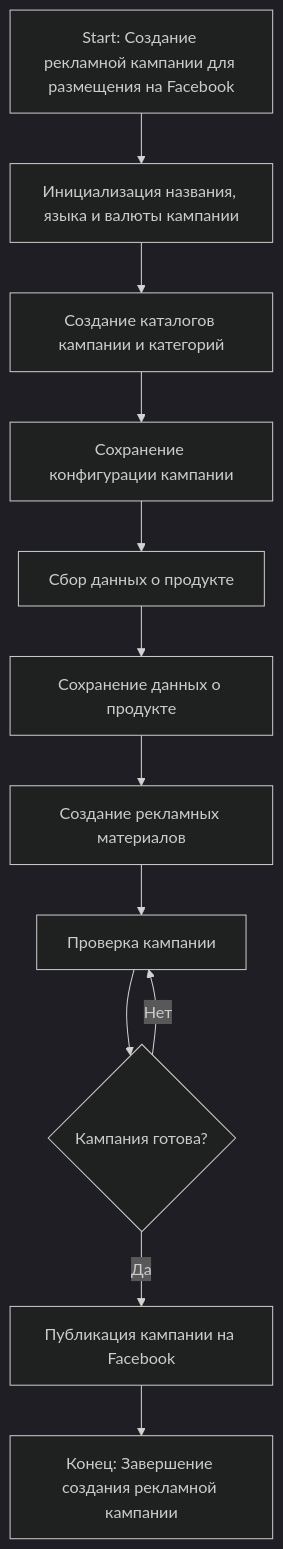
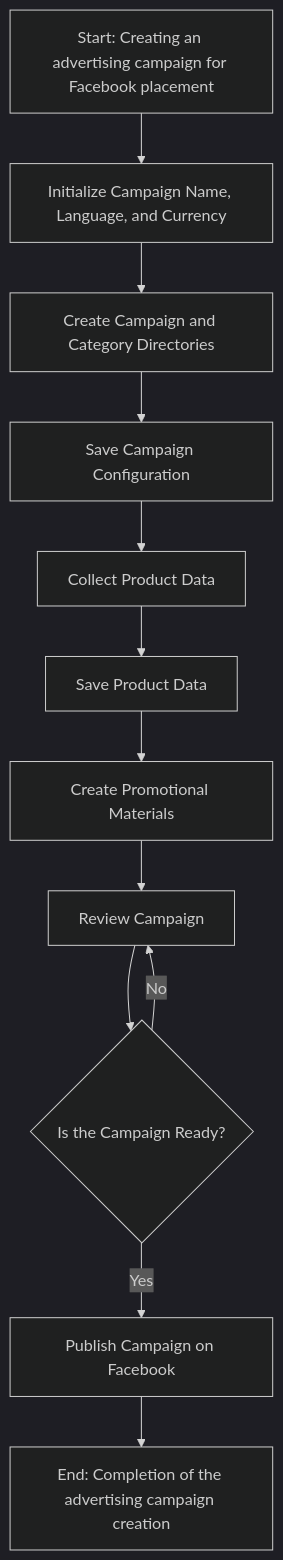
The first of 3 diagrams in docs/gemini/ru/doc/src/suppliers/aliexpress/campaign/README.MD.md (hypo69/hypo), drawn with Mermaid (dark theme) before and after one commit. The commit also changed other lines of this file and 881 other files, not shown here.

````diff
--- a/docs/gemini/ru/doc/src/suppliers/aliexpress/campaign/README.MD.md
+++ b/docs/gemini/ru/doc/src/suppliers/aliexpress/campaign/README.MD.md
@@ -32,14 +21,14 @@
 ```mermaid
 flowchart TD
-    A[Start: Создание рекламной кампании для размещения на Facebook] --> B[Инициализация названия, языка и валюты кампании]
-    B --> C[Создание каталогов кампании и категорий]
-    C --> D[Сохранение конфигурации кампании]
-    D --> E[Сбор данных о продукте]
-    E --> F[Сохранение данных о продукте]
-    F --> G[Создание рекламных материалов]
-    G --> H[Проверка кампании]
-    H --> I{Кампания готова?}
-    I -- Да --> J[Публикация кампании на Facebook]
-    I -- Нет --> H
-    J --> K[Конец: Завершение создания рекламной кампании]
+    A[Start: Creating an advertising campaign for Facebook placement] --> B[Initialize Campaign Name, Language, and Currency]
+    B --> C[Create Campaign and Category Directories]
+    C --> D[Save Campaign Configuration]
+    D --> E[Collect Product Data]
+    E --> F[Save Product Data]
+    F --> G[Create Promotional Materials]
+    G --> H[Review Campaign]
+    H --> I{Is the Campaign Ready?}
+    I -- Yes --> J[Publish Campaign on Facebook]
+    I -- No --> H
+    J --> K[End: Completion of the advertising campaign creation]
 ```
````
